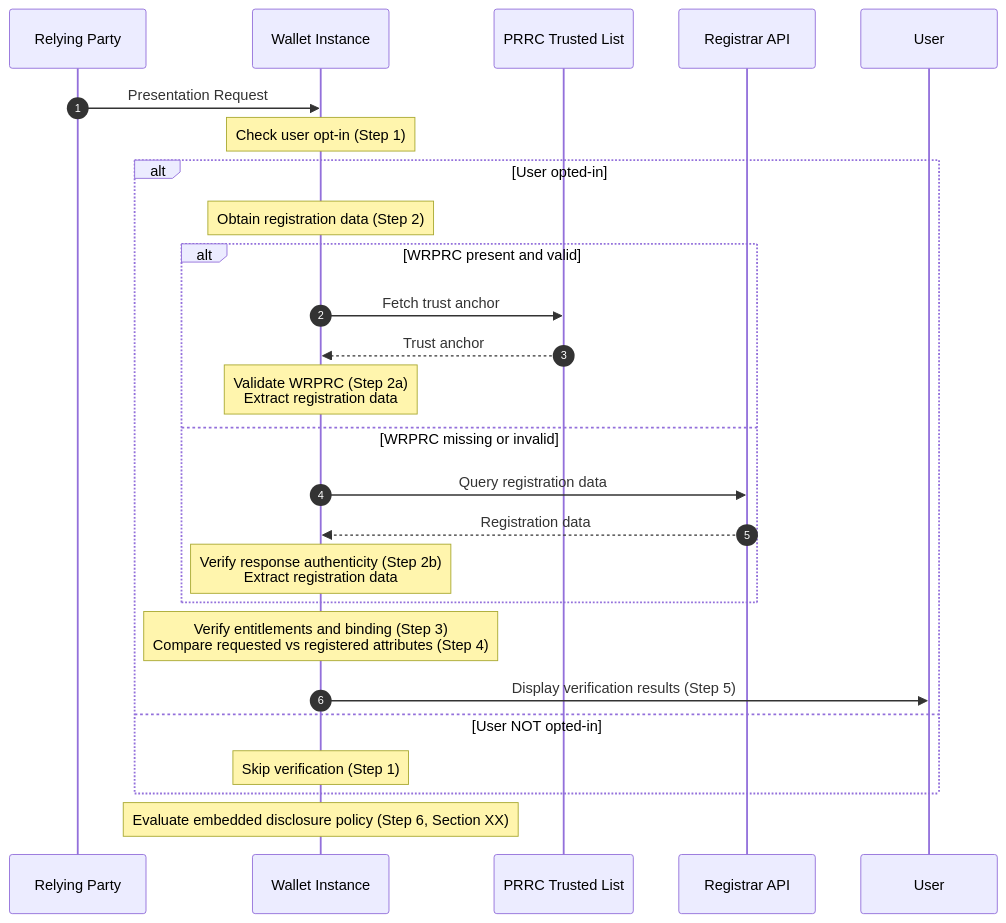
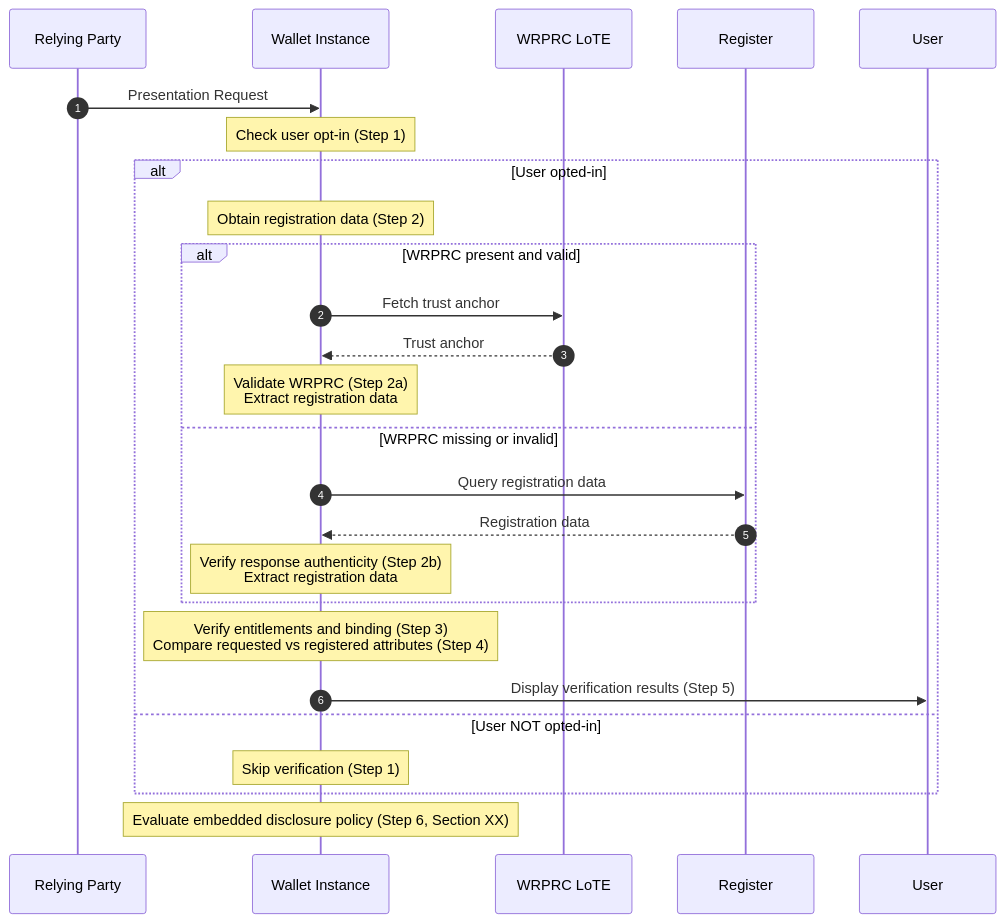
Before and after one commit to APTITUDE-Consortium/wp2-trust-specifications: the third of 5 diagrams in topics/entitlement-policy.md, drawn with Mermaid. The commit also changed other lines of this file, not shown here.

````diff
--- a/topics/entitlement-policy.md
+++ b/topics/entitlement-policy.md
@@ -565,33 +565,33 @@
 ```mermaid
 sequenceDiagram
     autonumber
     participant RP as Relying Party
     participant WI as Wallet Instance
-    participant TL as PRRC Trusted List
-    participant Reg as Registrar API
+    participant TL as WRPRC LoTE
+    participant Reg as Register
     participant User
 
     RP->>WI: Presentation Request
     Note over WI: Check user opt-in (Step 1)
 
     alt User opted-in
         Note over WI: Obtain registration data (Step 2)
 
         alt WRPRC present and valid
             WI->>TL: Fetch trust anchor
             TL-->>WI: Trust anchor
             Note over WI: Validate WRPRC (Step 2a)<br/>Extract registration data
         else WRPRC missing or invalid
             WI->>Reg: Query registration data
             Reg-->>WI: Registration data
             Note over WI: Verify response authenticity (Step 2b)<br/>Extract registration data
         end
 
         Note over WI: Verify entitlements and binding (Step 3)<br/>Compare requested vs registered attributes (Step 4)
         WI->>User: Display verification results (Step 5)
     else User NOT opted-in
         Note over WI: Skip verification (Step 1)
     end
 
     Note over WI: Evaluate embedded disclosure policy (Step 6, Section XX)
 ```
````
